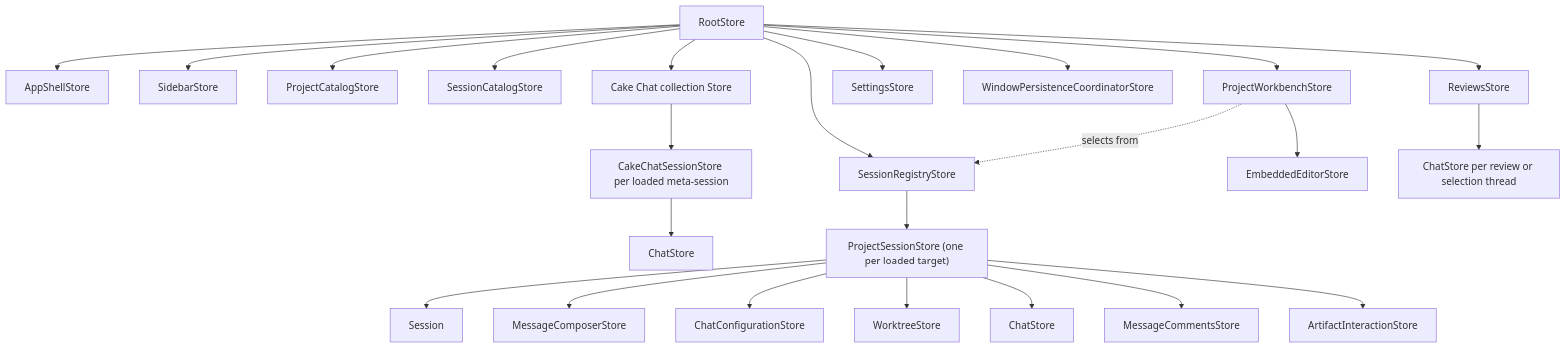
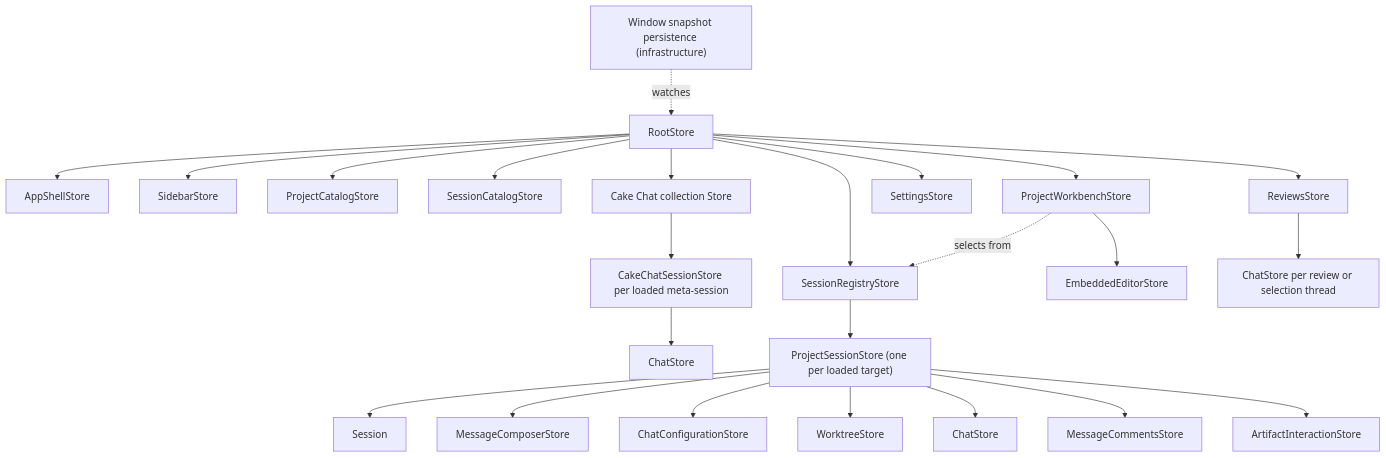
The diagram in docs/architecture/cake-architecture.md (melnikov-s/cake), drawn with Mermaid before and after one commit. The commit also changed other lines of this file and 71 other files, not shown here.

````diff
--- a/docs/architecture/cake-architecture.md
+++ b/docs/architecture/cake-architecture.md
@@ -312,26 +314,26 @@
 ```mermaid
 flowchart TD
   Root["RootStore"] --> Shell["AppShellStore"]
   Root --> Sidebar["SidebarStore"]
   Root --> Projects["ProjectCatalogStore"]
   Root --> Catalog["SessionCatalogStore"]
   Root --> Registry["SessionRegistryStore"]
   Root --> Workbench["ProjectWorkbenchStore"]
   Root --> CakeChat["Cake Chat collection Store"]
   CakeChat --> CakeSession["CakeChatSessionStore per loaded meta-session"]
   CakeSession --> MetaChat["ChatStore"]
   Root --> Settings["SettingsStore"]
-  Root --> Persistence["WindowPersistenceCoordinatorStore"]
+  Persistence["Window snapshot persistence (infrastructure)"] -. watches .-> Root
   Workbench -. selects from .-> Registry
   Workbench --> IDE["EmbeddedEditorStore"]
   Registry --> Session["ProjectSessionStore (one per loaded target)"]
   Session --> Model["Session"]
   Session --> Composer["MessageComposerStore"]
   Session --> Config["ChatConfigurationStore"]
   Session --> Worktree["WorktreeStore"]
   Session --> Chat["ChatStore"]
   Session --> Comments["MessageCommentsStore"]
   Session --> Artifacts["ArtifactInteractionStore"]
   Root --> Reviews["ReviewsStore"]
   Reviews --> ThreadChats["ChatStore per review or selection thread"]
 ```
````
